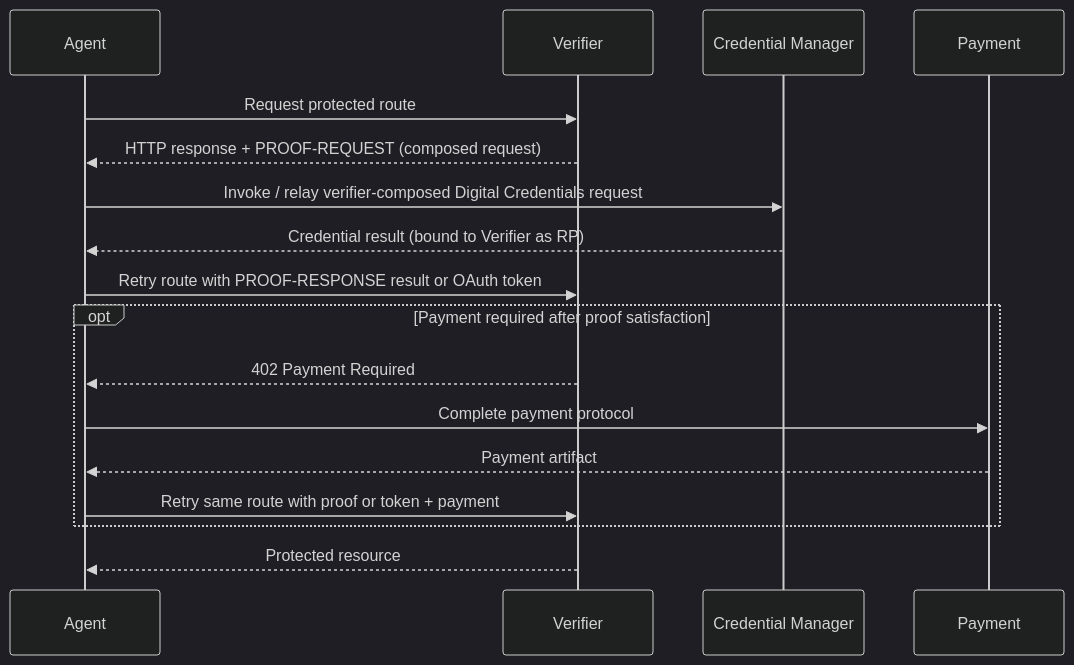
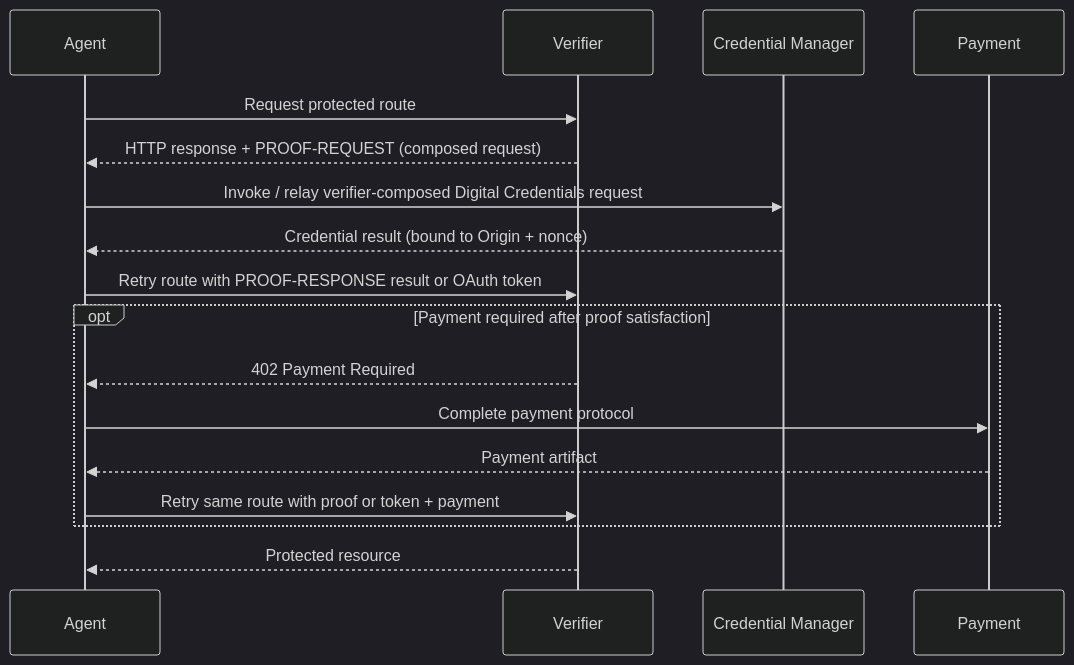
The first of 2 diagrams in spec.md (proof/x401), drawn with Mermaid (dark theme) before and after one commit. The commit also changed other lines of this file and 3 other files, not shown here.

````diff
--- a/spec.md
+++ b/spec.md
@@ -239,19 +239,19 @@
 ```mermaid
 sequenceDiagram
     participant Agent
     participant Verifier
     participant CM as Credential Manager
     participant Payment
     Agent->>Verifier: Request protected route
     Verifier-->>Agent: HTTP response + PROOF-REQUEST (composed request)
     Agent->>CM: Invoke / relay verifier-composed Digital Credentials request
-    CM-->>Agent: Credential result (bound to Verifier as RP)
+    CM-->>Agent: Credential result (bound to Origin + nonce)
     Agent->>Verifier: Retry route with PROOF-RESPONSE result or OAuth token
     opt Payment required after proof satisfaction
         Verifier-->>Agent: 402 Payment Required
         Agent->>Payment: Complete payment protocol
         Payment-->>Agent: Payment artifact
         Agent->>Verifier: Retry same route with proof or token + payment
     end
     Verifier-->>Agent: Protected resource
 ```
````
